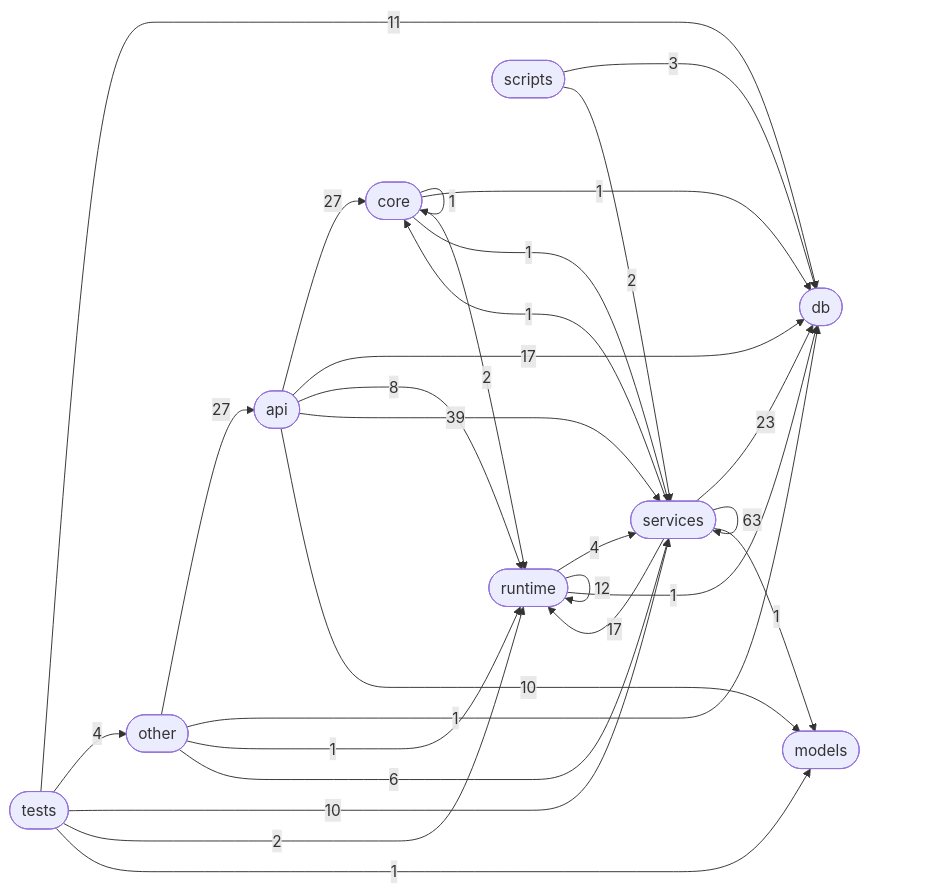
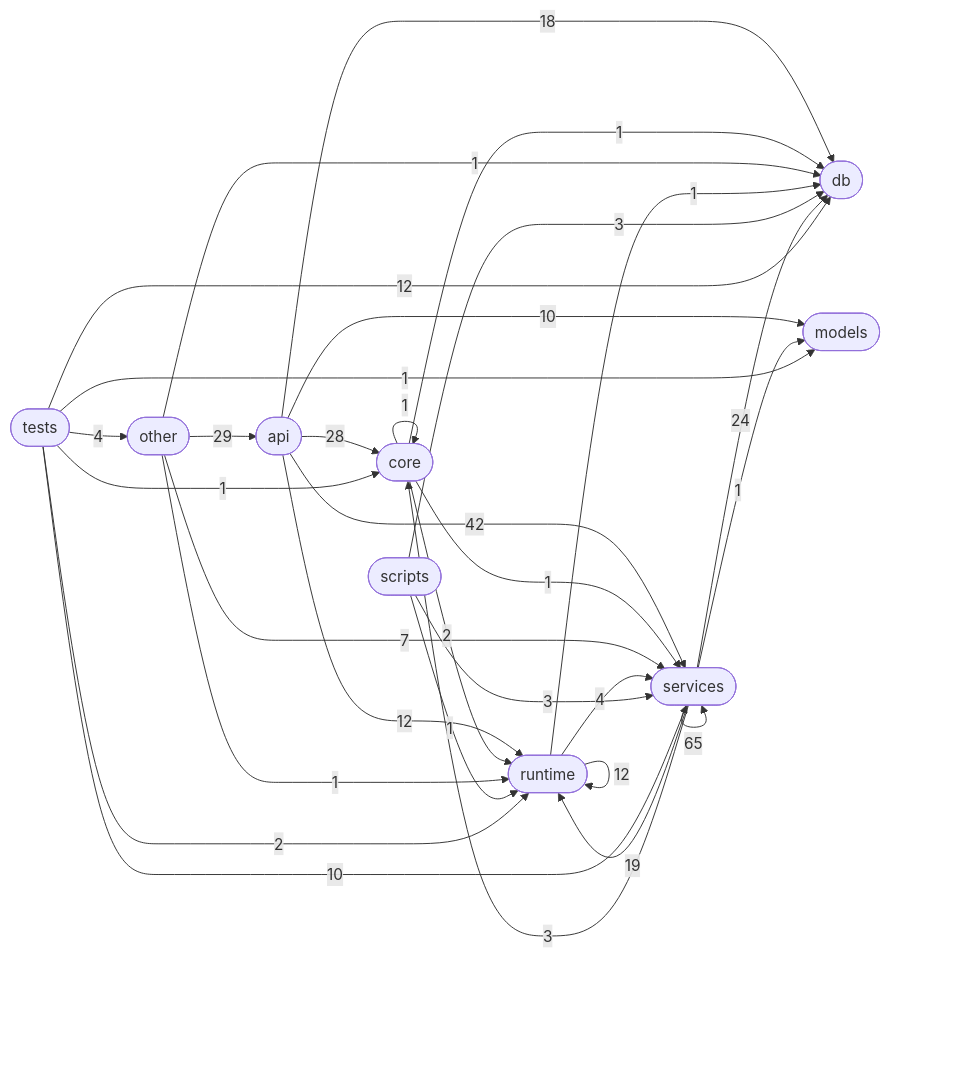
One commit to winditer/tide changed the diagram in .knowledge/module/module_graph.md. Above: the diagram before and after it, drawn with Mermaid. The commit also changed other lines of this file and 65 other files, not shown here.

Commit message:
增强知识图谱,Lark权限过滤,成本统计修复,文档更新

````diff
--- a/.knowledge/module/module_graph.md
+++ b/.knowledge/module/module_graph.md
@@ -20,40 +20,42 @@
 ```mermaid
 graph LR
     api([api])
     core([core])
-    api -->|27| core
+    api -->|28| core
     db([db])
-    api -->|17| db
+    api -->|18| db
     runtime([runtime])
-    api -->|8| runtime
+    api -->|12| runtime
     services([services])
-    api -->|39| services
+    api -->|42| services
     models([models])
     api -->|10| models
     core -->|1| core
     core -->|1| db
     core -->|2| runtime
     core -->|1| services
     other([other])
-    other -->|27| api
+    other -->|29| api
     other -->|1| db
     other -->|1| runtime
-    other -->|6| services
+    other -->|7| services
     runtime -->|12| runtime
     runtime -->|4| services
     runtime -->|1| db
     scripts([scripts])
+    scripts -->|1| runtime
+    scripts -->|3| services
     scripts -->|3| db
-    scripts -->|2| services
-    services -->|23| db
-    services -->|17| runtime
-    services -->|63| services
-    services -->|1| core
+    services -->|24| db
+    services -->|19| runtime
+    services -->|65| services
+    services -->|3| core
     services -->|1| models
     tests([tests])
-    tests -->|11| db
+    tests -->|12| db
     tests -->|4| other
     tests -->|10| services
     tests -->|2| runtime
+    tests -->|1| core
     tests -->|1| models
 ```
````
